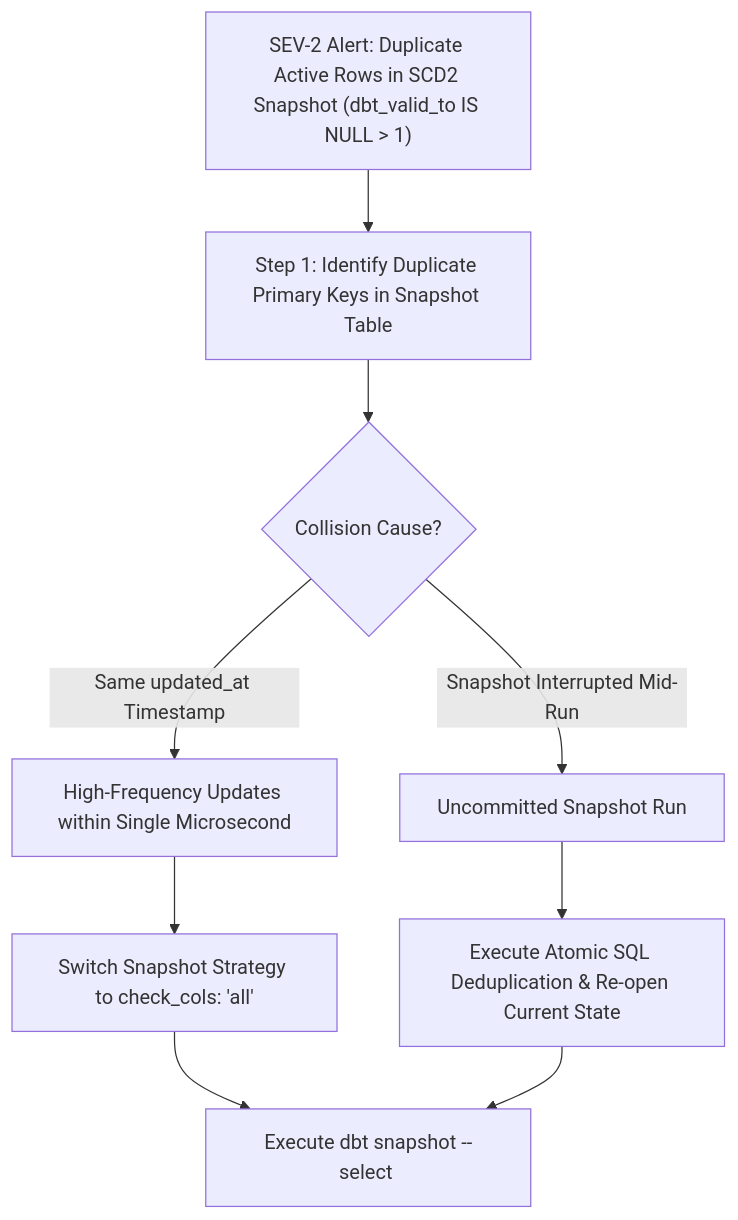
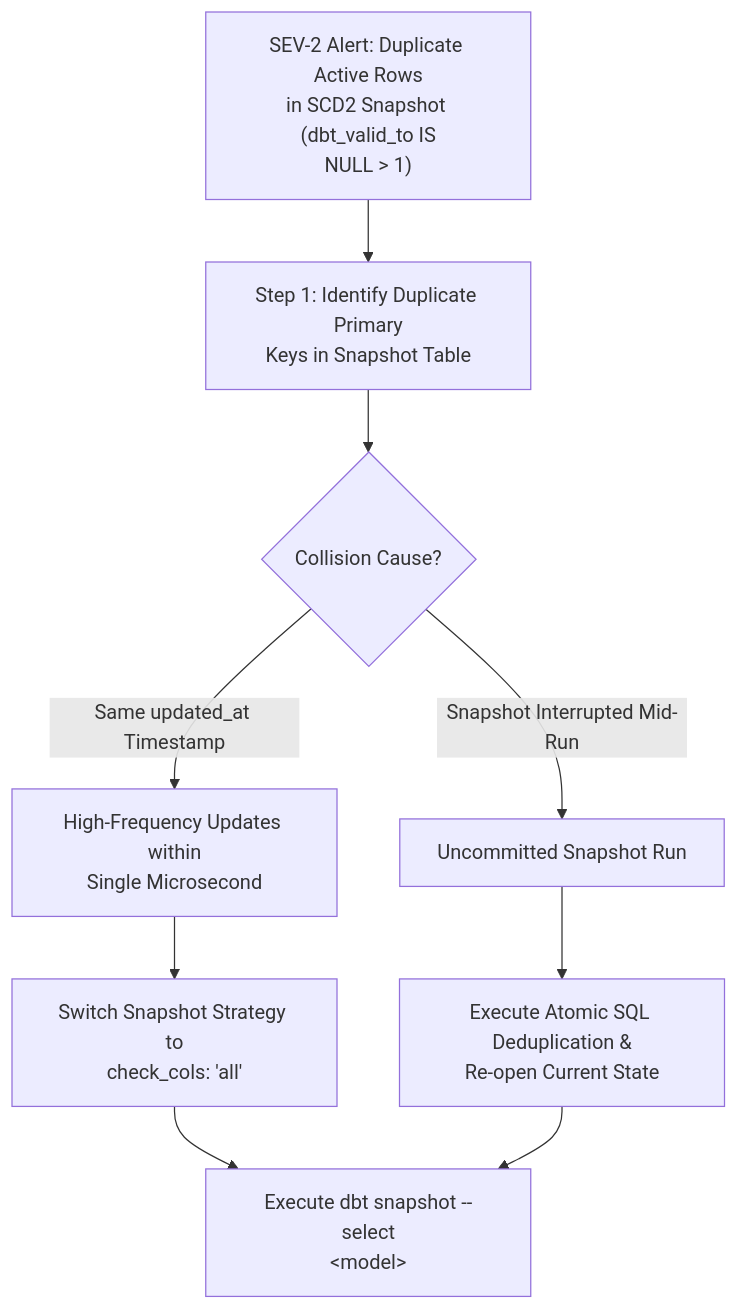
The diagram in runbooks/02_snapshot_scd2_timestamp_collision_triage.md (santoshjammi29/dbt-handbook), drawn with Mermaid before and after one commit. The commit also changed 11 other files, not shown here.

Commit message:
fix(diagrams): word-wrap labels and escape comparison operators across all diagrams

````diff
--- a/runbooks/02_snapshot_scd2_timestamp_collision_triage.md
+++ b/runbooks/02_snapshot_scd2_timestamp_collision_triage.md
@@ -12,13 +12,13 @@
 ```mermaid
 flowchart TD
-    Alert["SEV-2 Alert: Duplicate Active Rows in SCD2 Snapshot (dbt_valid_to IS NULL > 1)"] --> FindDuplicates["Step 1: Identify Duplicate Primary Keys in Snapshot Table"]
+    Alert["SEV-2 Alert: Duplicate Active Rows<br/>in SCD2 Snapshot (dbt_valid_to IS<br/>NULL &gt; 1)"] --> FindDuplicates["Step 1: Identify Duplicate Primary<br/>Keys in Snapshot Table"]
     FindDuplicates --> CauseCheck{"Collision Cause?"}
 
-    CauseCheck -->|"Same updated_at Timestamp"| TimestampCollision["High-Frequency Updates within Single Microsecond"]
+    CauseCheck -->|"Same updated_at Timestamp"| TimestampCollision["High-Frequency Updates within<br/>Single Microsecond"]
     CauseCheck -->|"Snapshot Interrupted Mid-Run"| PartialCommit["Uncommitted Snapshot Run"]
 
-    TimestampCollision --> SwitchStrategy["Switch Snapshot Strategy to check_cols: 'all'"]
-    PartialCommit --> RepairActive["Execute Atomic SQL Deduplication & Re-open Current State"]
-    SwitchStrategy --> ReSnapshot["Execute dbt snapshot --select <model>"]
+    TimestampCollision --> SwitchStrategy["Switch Snapshot Strategy to<br/>check_cols: 'all'"]
+    PartialCommit --> RepairActive["Execute Atomic SQL Deduplication &<br/>Re-open Current State"]
+    SwitchStrategy --> ReSnapshot["Execute dbt snapshot --select<br/>&lt;model>"]
     RepairActive --> ReSnapshot
 ```
````
